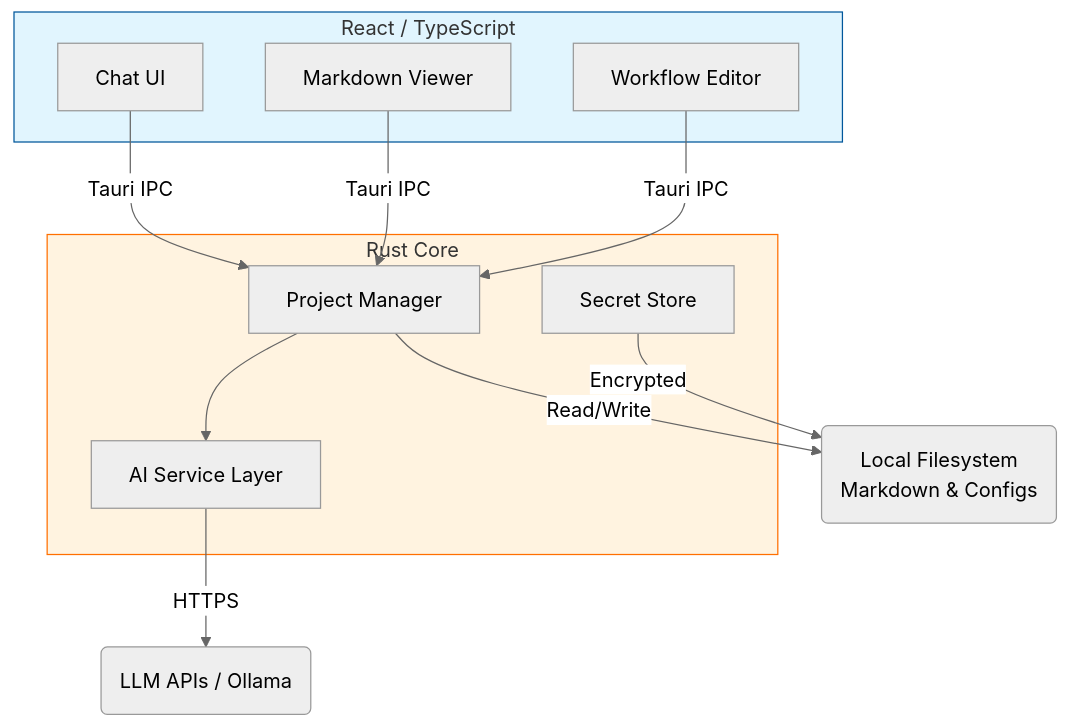
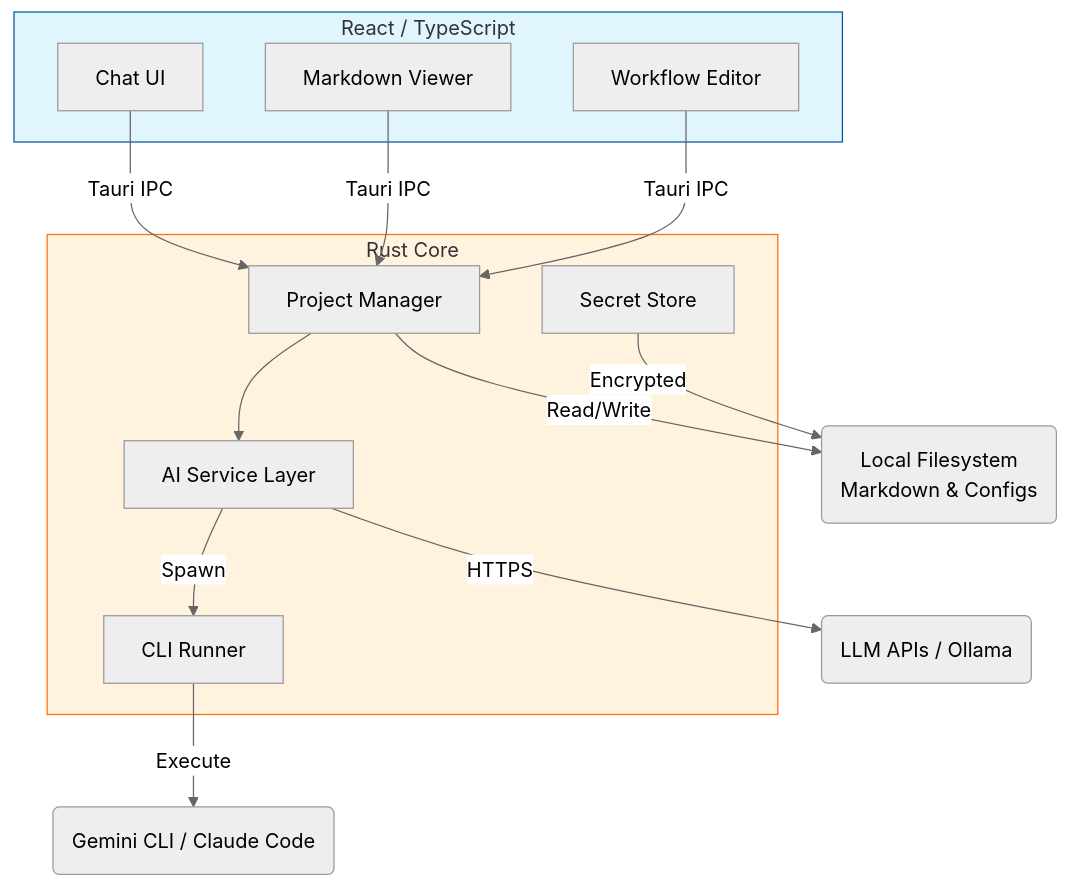
Before and after one commit to AIResearchFactory/ai-researcher: the diagram in README.md, drawn with Mermaid (neutral theme). The commit also changed other lines of this file and 21 other files, not shown here.

Commit message:
Implement Gemini CLI integration, Observer Pattern (logging/parsing), and Context Injection. Refactored AI Service into modular Providers and Agent Orchestrator.

````diff
--- a/README.md
+++ b/README.md
@@ -60,25 +60,28 @@
 ```mermaid
 flowchart TD
     subgraph Frontend [React / TypeScript]
         A[Chat UI]
         B[Markdown Viewer]
         C[Workflow Editor]
     end
 
     subgraph Backend [Rust Core]
         D[Project Manager]
         E[AI Service Layer]
         F[Secret Store]
+        I[CLI Runner]
     end
 
     A -->|Tauri IPC| D
     B -->|Tauri IPC| D
     C -->|Tauri IPC| D
     D --> E
     D -->|Read/Write| G(Local Filesystem\nMarkdown & Configs)
     E -->|HTTPS| H(LLM APIs / Ollama)
+    E -->|Spawn| I
+    I -->|Execute| J(Gemini CLI / Claude Code)
     F -->|Encrypted| G
     
     style Frontend fill:#e1f5fe,stroke:#01579b
     style Backend fill:#fff3e0,stroke:#ff6f00
 ```
````
